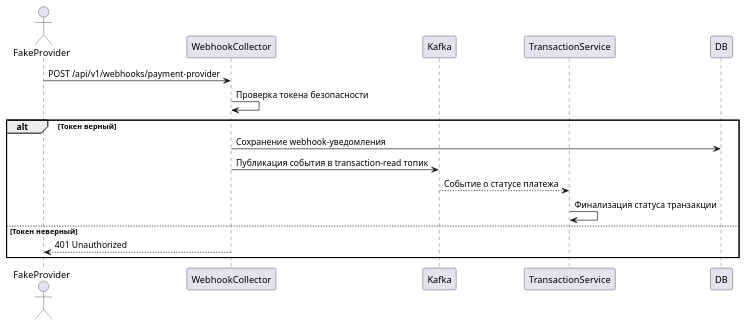
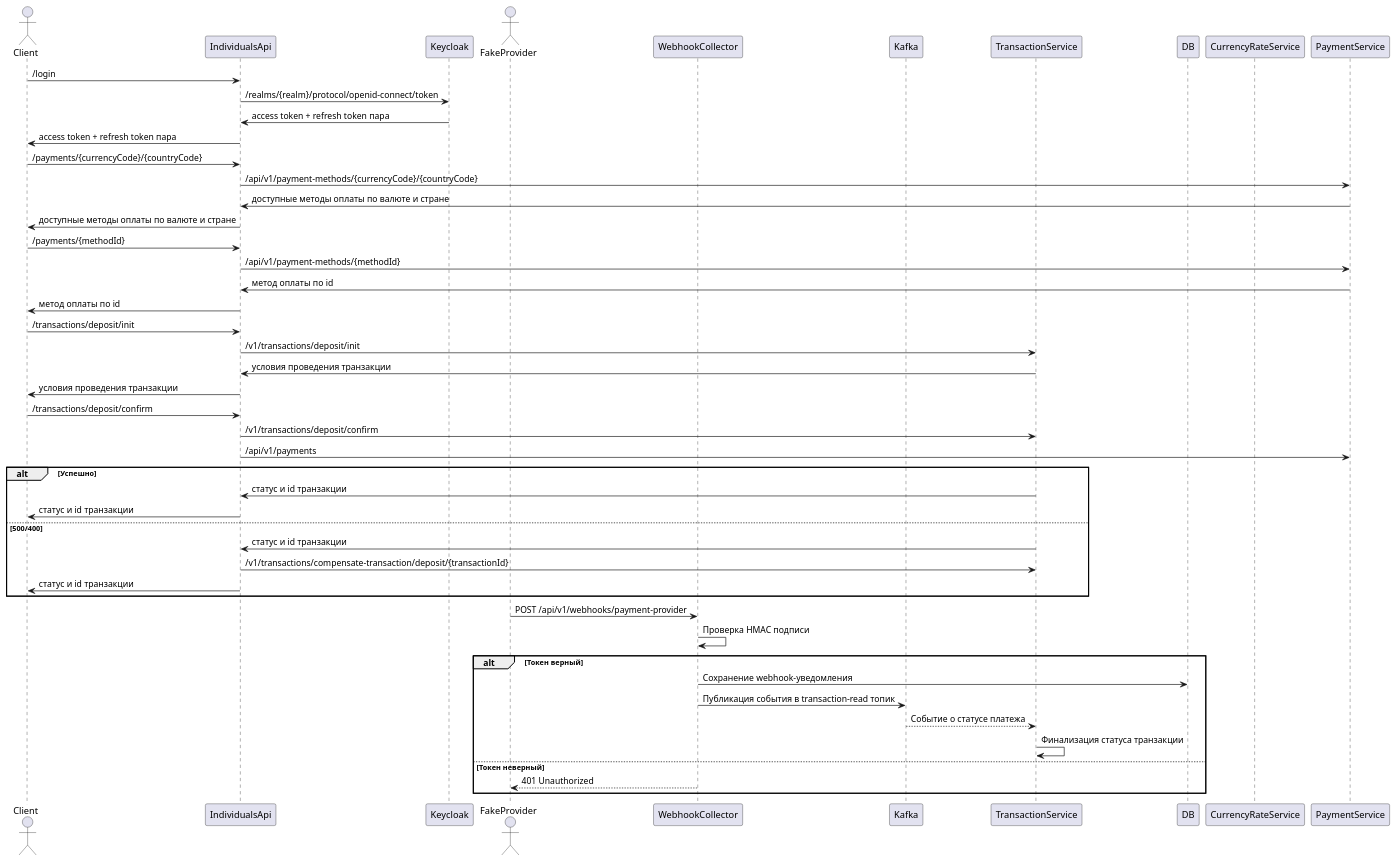
The diagram in diagrams/module_7/sequence_diagram_m7.puml (ubivza/payment-system), drawn with PlantUML before and after one commit. The commit also changed 1 other file, not shown here.

Commit message:
expand diagrams with more complex logic

```diff
--- a/diagrams/module_7/sequence_diagram_m7.puml
+++ b/diagrams/module_7/sequence_diagram_m7.puml
@@ -1,18 +1,57 @@
 @startuml
+actor Client
+participant IndividualsApi
+participant Keycloak
+
 actor FakeProvider
 participant WebhookCollector
 participant Kafka
 participant TransactionService
 participant DB
+participant CurrencyRateService
+participant PaymentService
+
+Client -> IndividualsApi: /login
+IndividualsApi -> Keycloak: /realms/{realm}/protocol/openid-connect/token
+Keycloak -> IndividualsApi: access token + refresh token пара
+IndividualsApi -> Client: access token + refresh token пара
+
+Client -> IndividualsApi: /payments/{currencyCode}/{countryCode}
+IndividualsApi -> PaymentService: /api/v1/payment-methods/{currencyCode}/{countryCode}
+PaymentService -> IndividualsApi: доступные методы оплаты по валюте и стране
+IndividualsApi -> Client: доступные методы оплаты по валюте и стране
+
+Client -> IndividualsApi: /payments/{methodId}
+IndividualsApi -> PaymentService: /api/v1/payment-methods/{methodId}
+PaymentService -> IndividualsApi: метод оплаты по id
+IndividualsApi -> Client: метод оплаты по id
+
+Client -> IndividualsApi: /transactions/deposit/init
+IndividualsApi -> TransactionService: /v1/transactions/deposit/init
+TransactionService -> IndividualsApi: условия проведения транзакции
+IndividualsApi -> Client: условия проведения транзакции
+
+Client -> IndividualsApi: /transactions/deposit/confirm
+IndividualsApi -> TransactionService: /v1/transactions/deposit/confirm
+IndividualsApi -> PaymentService: /api/v1/payments
+alt Успешно
+    TransactionService -> IndividualsApi: статус и id транзакции
+    IndividualsApi -> Client: статус и id транзакции
+else 500/400
+    TransactionService -> IndividualsApi: статус и id транзакции
+    IndividualsApi -> TransactionService: /v1/transactions/compensate-transaction/deposit/{transactionId}
+    IndividualsApi -> Client: статус и id транзакции
+end
+
 
 FakeProvider -> WebhookCollector: POST /api/v1/webhooks/payment-provider
-WebhookCollector -> WebhookCollector: Проверка токена безопасности
+WebhookCollector -> WebhookCollector: Проверка HMAC подписи
 alt Токен верный
     WebhookCollector -> DB: Сохранение webhook-уведомления
     WebhookCollector -> Kafka: Публикация события в transaction-read топик
     Kafka --> TransactionService: Событие о статусе платежа
     TransactionService -> TransactionService: Финализация статуса транзакции
 else Токен неверный
     WebhookCollector --> FakeProvider: 401 Unauthorized
 end
 @enduml
```
